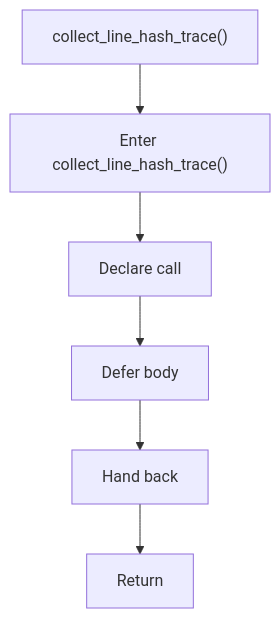
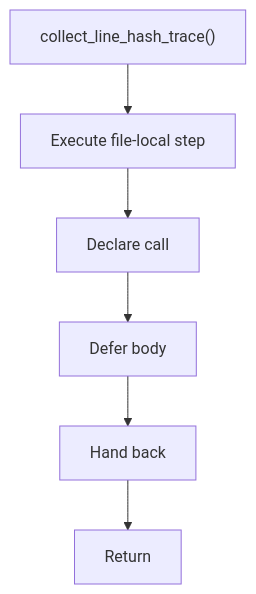
One commit to JohnAndrewBalbarosa/NeoTerritory changed the diagram in docs/Codebase/Microservice/Modules/Header/SyntacticBrokenAST/Trees/Actual/Internal/Flow/functions/collect_line_hash_trace.hpp.md. Above: the diagram before and after it, drawn with Mermaid. The commit also changed other lines of this file and 915 other files, not shown here.

````diff
--- a/docs/Codebase/Microservice/Modules/Header/SyntacticBrokenAST/Trees/Actual/Internal/Flow/functions/collect_line_hash_trace.hpp.md
+++ b/docs/Codebase/Microservice/Modules/Header/SyntacticBrokenAST/Trees/Actual/Internal/Flow/functions/collect_line_hash_trace.hpp.md
@@ -16,14 +16,14 @@
 ```mermaid
 flowchart TD
     Start["collect_line_hash_trace()"]
-    N0["Enter collect_line_hash_trace()"]
+    N0["Execute file-local step"]
     N1["Declare call"]
     N2["Defer body"]
     N3["Hand back"]
     End["Return"]
     Start --> N0
     N0 --> N1
     N1 --> N2
     N2 --> N3
     N3 --> End
 ```
````
